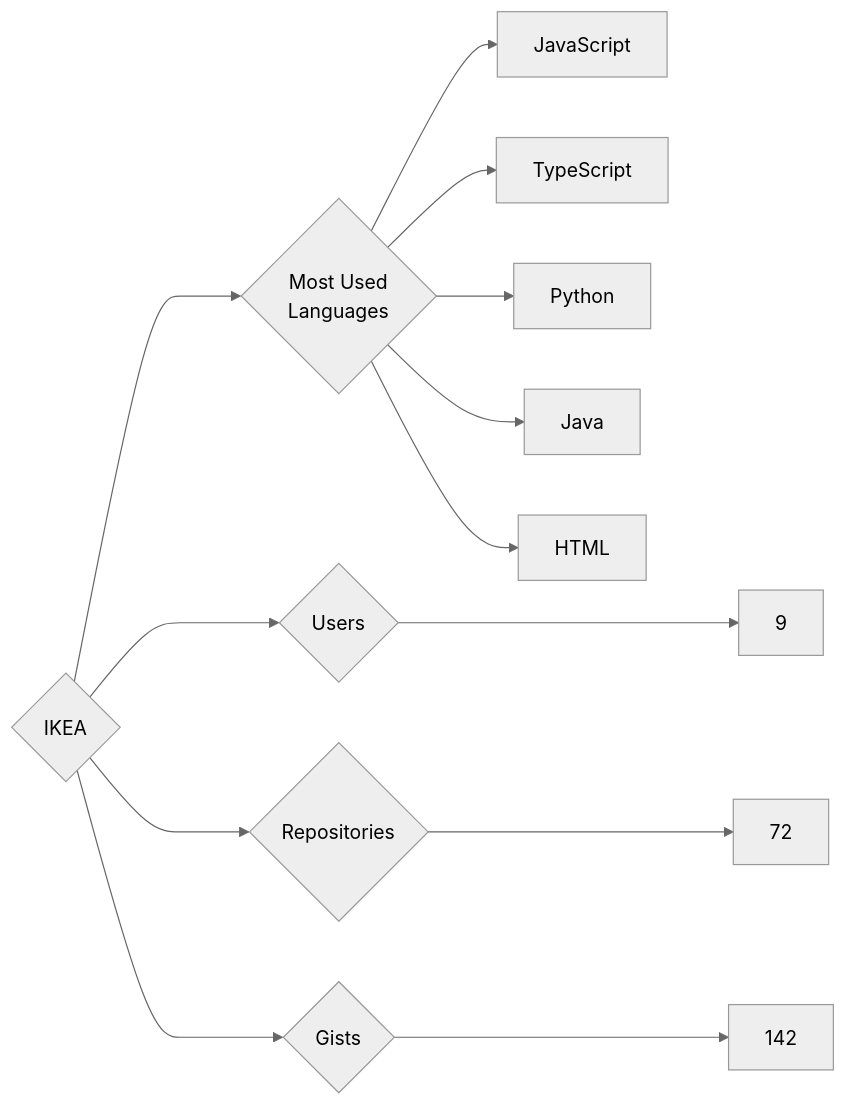
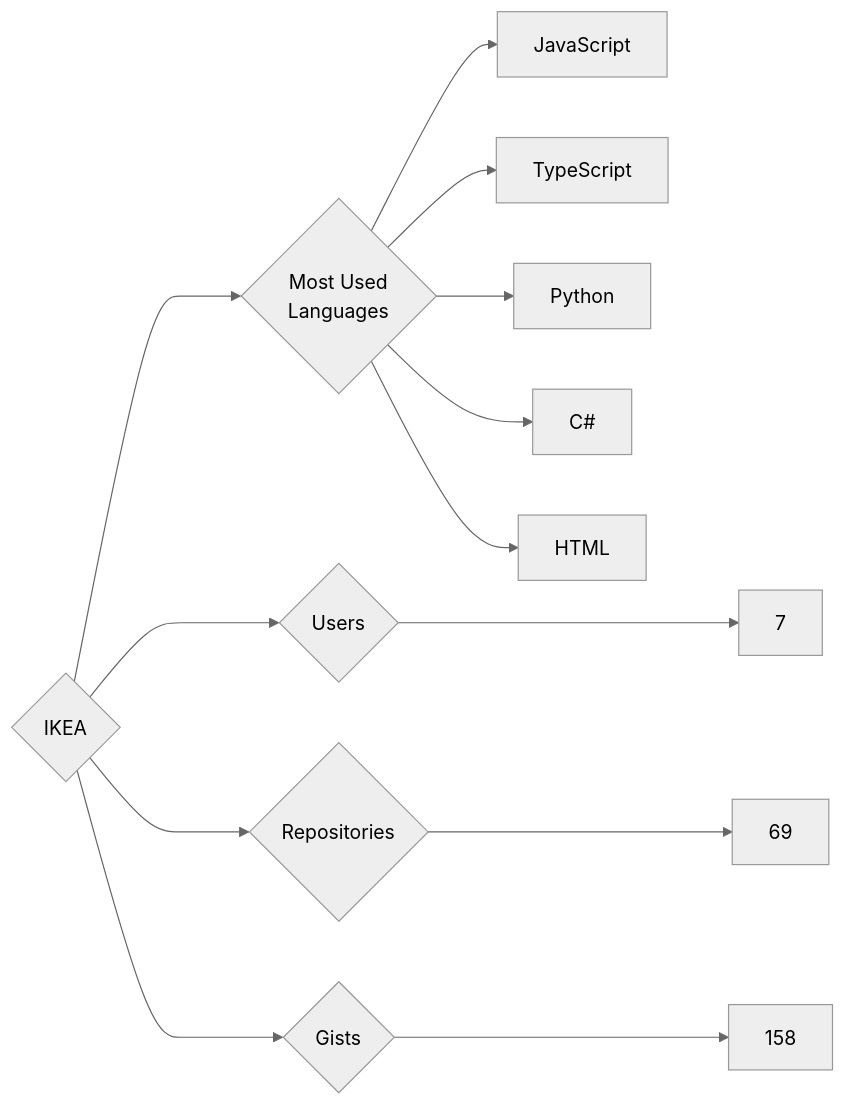
One commit to trickest/insiders changed the diagram in targets/IKEA/README.md. Above: the diagram before and after it, drawn with Mermaid (neutral theme). The commit also changed 927 other files, not shown here.

````diff
--- a/targets/IKEA/README.md
+++ b/targets/IKEA/README.md
@@ -3,13 +3,13 @@
 ```mermaid
 graph LR
 COMPANY_NAME{IKEA}
-COMPANY_NAME ---> U{Users} ---> UN[9]
-COMPANY_NAME ---> R{Repositories} ---> RN[72]
-COMPANY_NAME ---> G{Gists} ---> GN[142]
+COMPANY_NAME ---> U{Users} ---> UN[7]
+COMPANY_NAME ---> R{Repositories} ---> RN[69]
+COMPANY_NAME ---> G{Gists} ---> GN[158]
 COMPANY_NAME ---> ML{Most Used<br>Languages}
 ML --> JavaScript[JavaScript]
 ML --> TypeScript[TypeScript]
 ML --> Python[Python]
-ML --> Java[Java]
+ML --> C#[C#]
 ML --> HTML[HTML]
 ```
````
